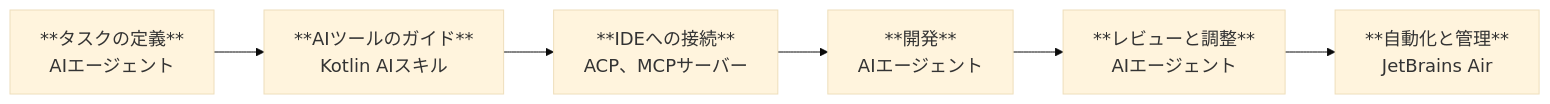
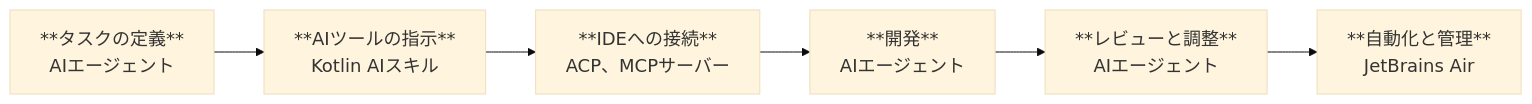
One commit to BinaryTape/Open-AIDoc changed the diagram in docs/ja/kotlin/ai-for-development.md. Above: the diagram before and after it, drawn with Mermaid (base theme). The commit also changed other lines of this file and 193 other files, not shown here.

````diff
--- a/docs/ja/kotlin/ai-for-development.md
+++ b/docs/ja/kotlin/ai-for-development.md
@@ -12,20 +12,20 @@
 ```mermaid
 graph LR
     DefineTask["**タスクの定義**
         AIエージェント"]
-    Guide["**AIツールのガイド**
+    Guide["**AIツールの指示**
         Kotlin AIスキル"]
     Connect["**IDEへの接続**
         ACP、MCPサーバー"]
     Implement["**開発**
         AIエージェント"]
     Review["**レビューと調整**
         AIエージェント"]
     Automate["**自動化と管理**
         JetBrains Air"]
 
     DefineTask --> Guide --> Connect --> Implement --> Review --> Automate
 
     classDef largeNode font-size:18px;
     class DefineTask,Guide,Connect,Implement,Review,Automate largeNode;
 ```
````
